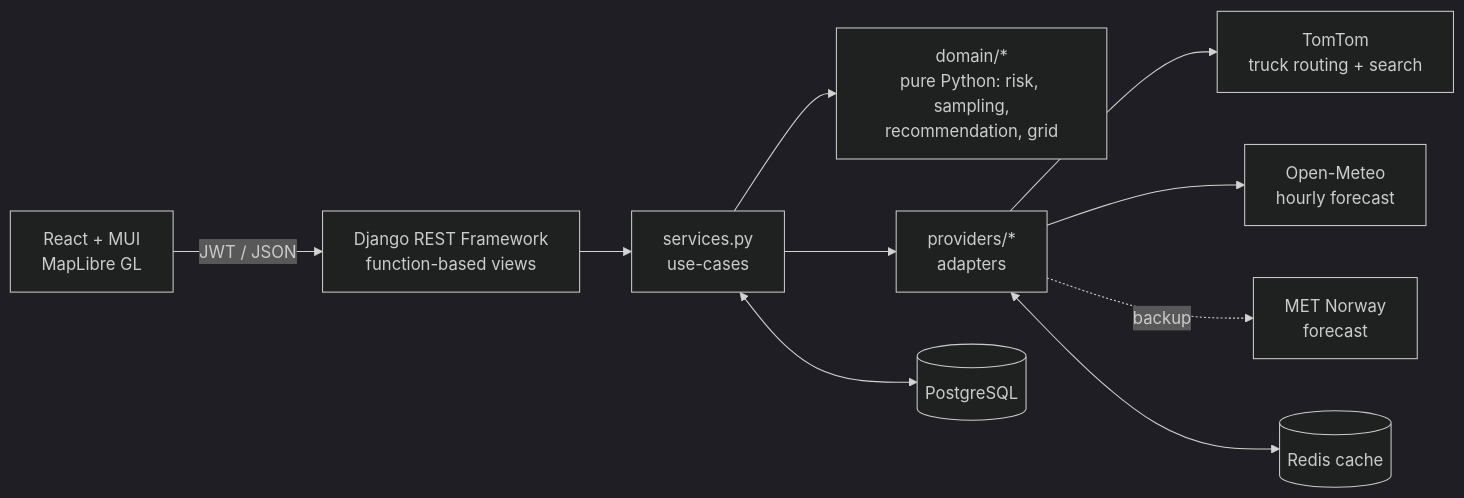
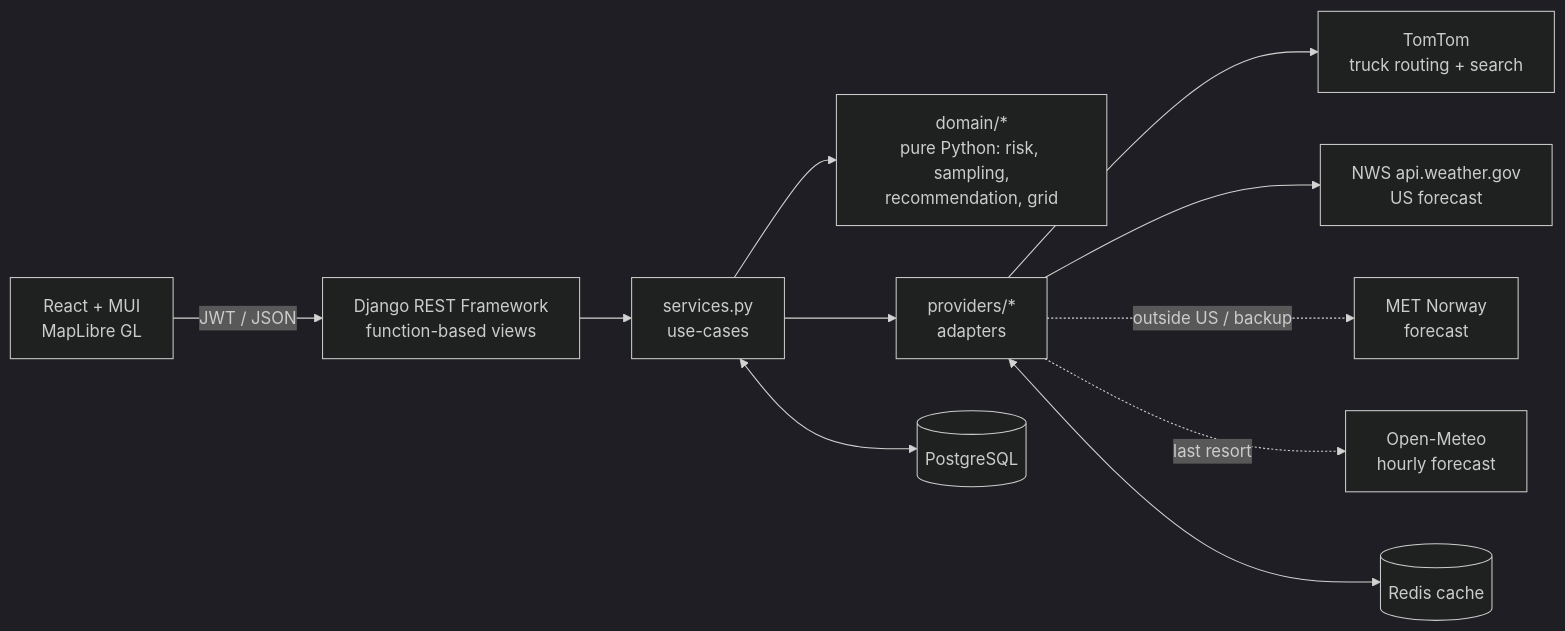
The diagram in README.md (emmettfrankenstein/trucker), drawn with Mermaid (dark theme) before and after one commit. The commit also changed other lines of this file and 9 other files, not shown here.

First line of the commit message:
Use NWS for US weather, MET Norway as backup, Open-Meteo as last resort

````diff
--- a/README.md
+++ b/README.md
@@ -19,12 +19,13 @@
 ```mermaid
 flowchart LR
   UI[React + MUI<br/>MapLibre GL] -- JWT / JSON --> API[Django REST Framework<br/>function-based views]
   API --> S[services.py<br/>use-cases]
   S --> D[domain/*<br/>pure Python: risk, sampling,<br/>recommendation, grid]
   S --> P[providers/*<br/>adapters]
   P --> TT[TomTom<br/>truck routing + search]
-  P --> OM[Open-Meteo<br/>hourly forecast]
-  P -. backup .-> MET[MET Norway<br/>forecast]
+  P --> NWS[NWS api.weather.gov<br/>US forecast]
+  P -. outside US / backup .-> MET[MET Norway<br/>forecast]
+  P -. last resort .-> OM[Open-Meteo<br/>hourly forecast]
   P <--> R[(Redis cache)]
   S <--> DB[(PostgreSQL)]
 ```
````
